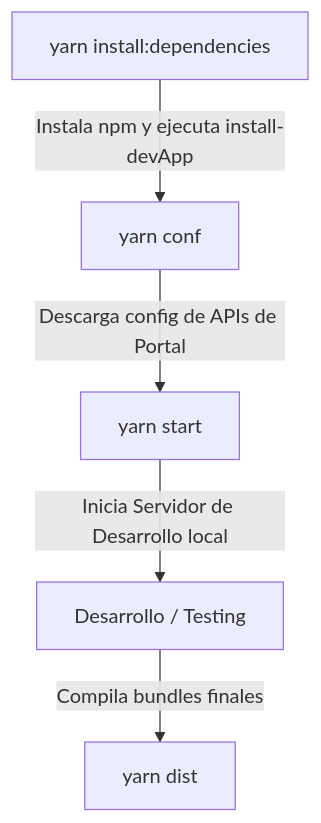
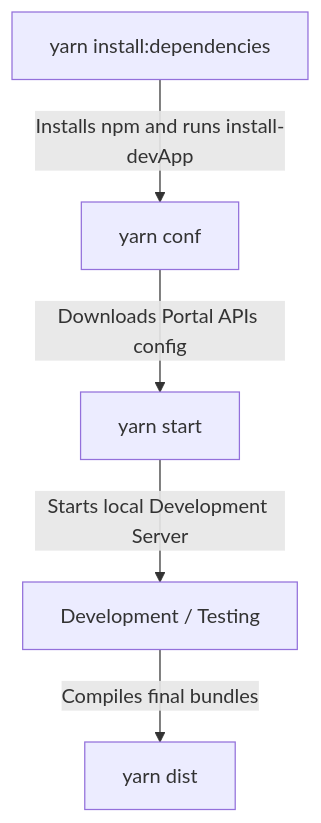
Before and after one commit to JorgeRojo/NodePi-tui: the diagram in DOCS/bundle_interface_analysis.md, drawn with Mermaid. The commit also changed other lines of this file and 4 other files, not shown here.

````diff
--- a/DOCS/bundle_interface_analysis.md
+++ b/DOCS/bundle_interface_analysis.md
@@ -40,7 +40,7 @@
 ```mermaid
 graph TD
-    A[yarn install:dependencies] -->|Instala npm y ejecuta install-devApp| B[yarn conf]
-    B -->|Descarga config de APIs de Portal| C[yarn start]
-    C -->|Inicia Servidor de Desarrollo local| D[Desarrollo / Testing]
-    D -->|Compila bundles finales| E[yarn dist]
+    A[yarn install:dependencies] -->|Installs npm and runs install-devApp| B[yarn conf]
+    B -->|Downloads Portal APIs config| C[yarn start]
+    C -->|Starts local Development Server| D[Development / Testing]
+    D -->|Compiles final bundles| E[yarn dist]
 ```
````
